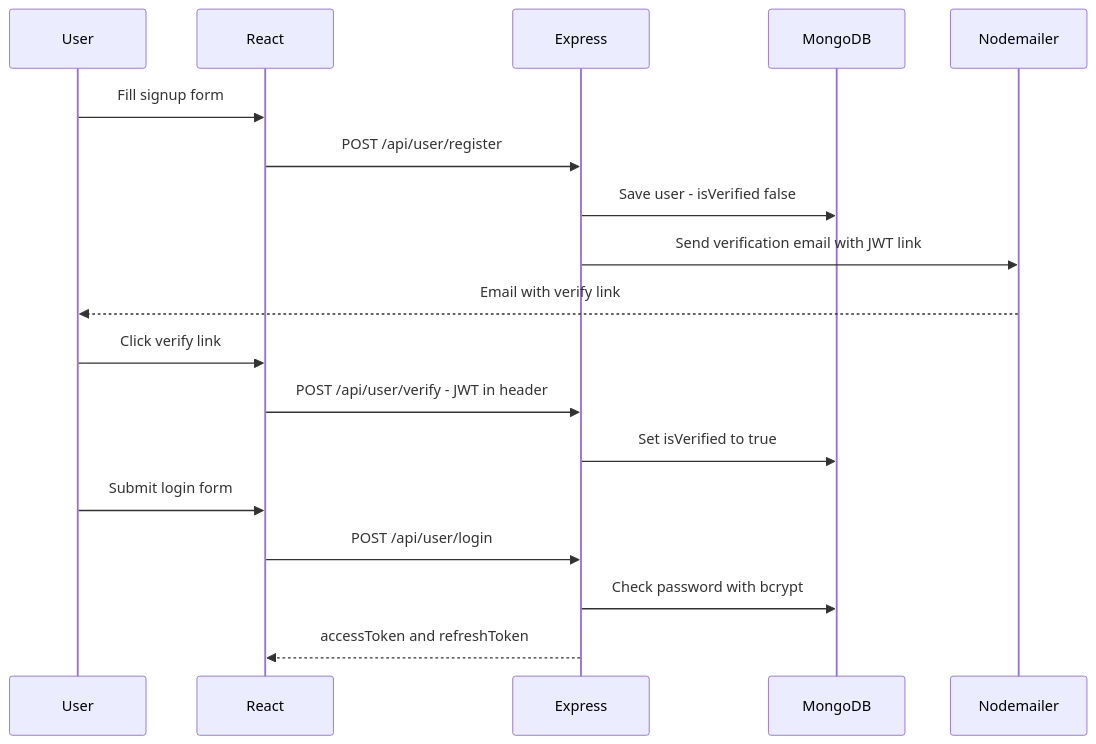
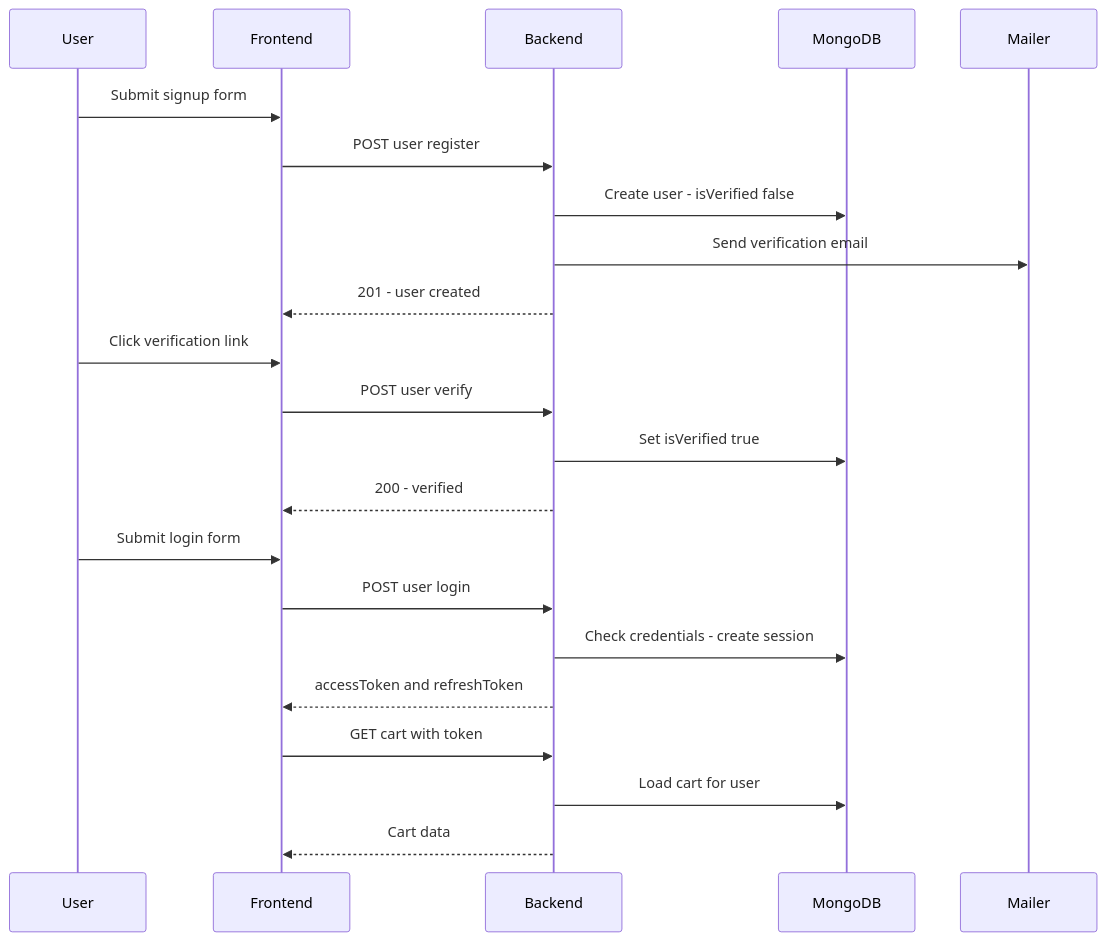
Before and after one commit to sandhya144/Zeptronics: the second of 5 diagrams in README.md, drawn with Mermaid. The commit also changed other lines of this file, not shown here.

````diff
--- a/README.md
+++ b/README.md
@@ -157,23 +145,28 @@
 ```mermaid
 sequenceDiagram
-    participant User
-    participant React
-    participant Express
-    participant MongoDB
-    participant Nodemailer
+    participant U as User
+    participant F as Frontend
+    participant B as Backend
+    participant M as MongoDB
+    participant Mail as Mailer
 
-    User->>React: Fill signup form
-    React->>Express: POST /api/user/register
-    Express->>MongoDB: Save user - isVerified false
-    Express->>Nodemailer: Send verification email with JWT link
-    Nodemailer-->>User: Email with verify link
+    U->>F: Submit signup form
+    F->>B: POST user register
+    B->>M: Create user - isVerified false
+    B->>Mail: Send verification email
+    B-->>F: 201 - user created
 
-    User->>React: Click verify link
-    React->>Express: POST /api/user/verify - JWT in header
-    Express->>MongoDB: Set isVerified to true
+    U->>F: Click verification link
+    F->>B: POST user verify
+    B->>M: Set isVerified true
+    B-->>F: 200 - verified
 
-    User->>React: Submit login form
-    React->>Express: POST /api/user/login
-    Express->>MongoDB: Check password with bcrypt
-    Express-->>React: accessToken and refreshToken
+    U->>F: Submit login form
+    F->>B: POST user login
+    B->>M: Check credentials - create session
+    B-->>F: accessToken and refreshToken
+
+    F->>B: GET cart with token
+    B->>M: Load cart for user
+    B-->>F: Cart data
 ```
````
